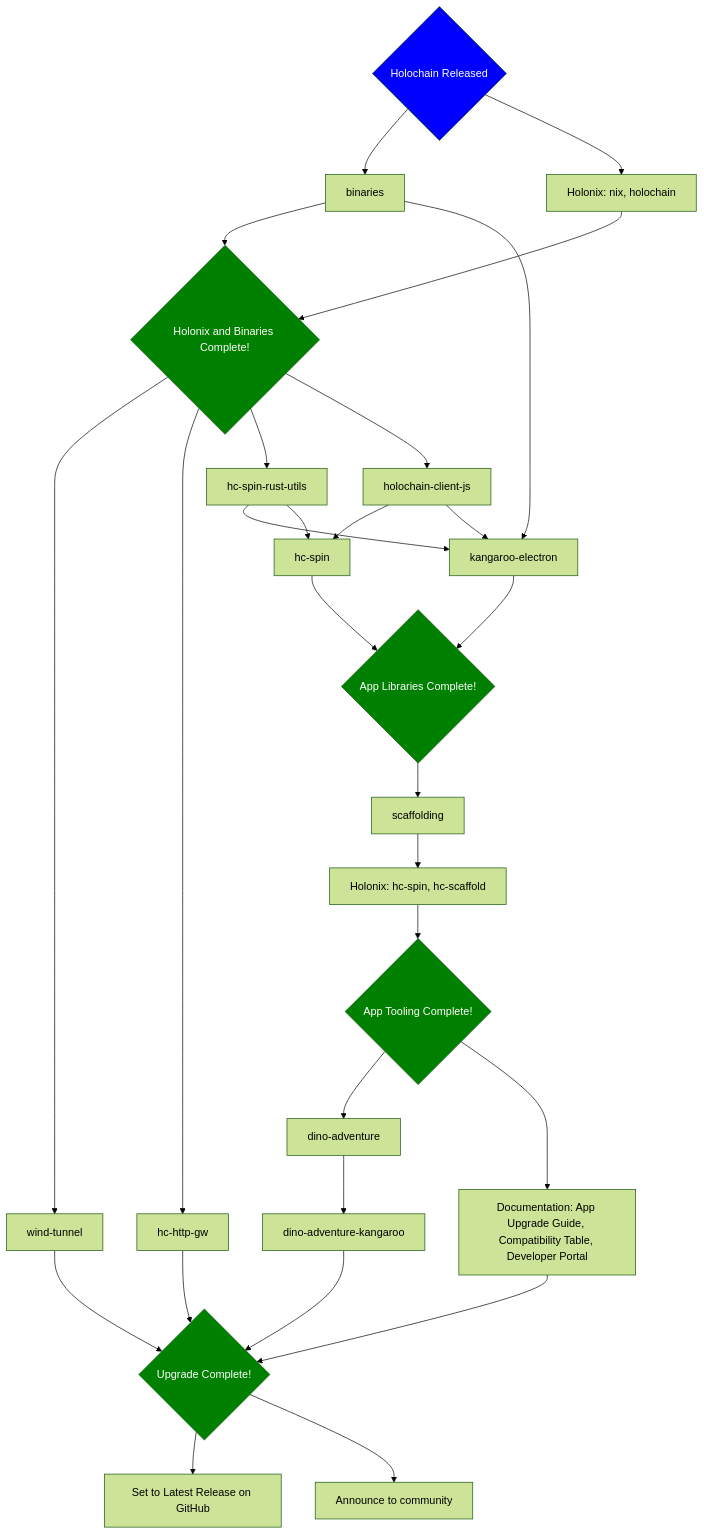
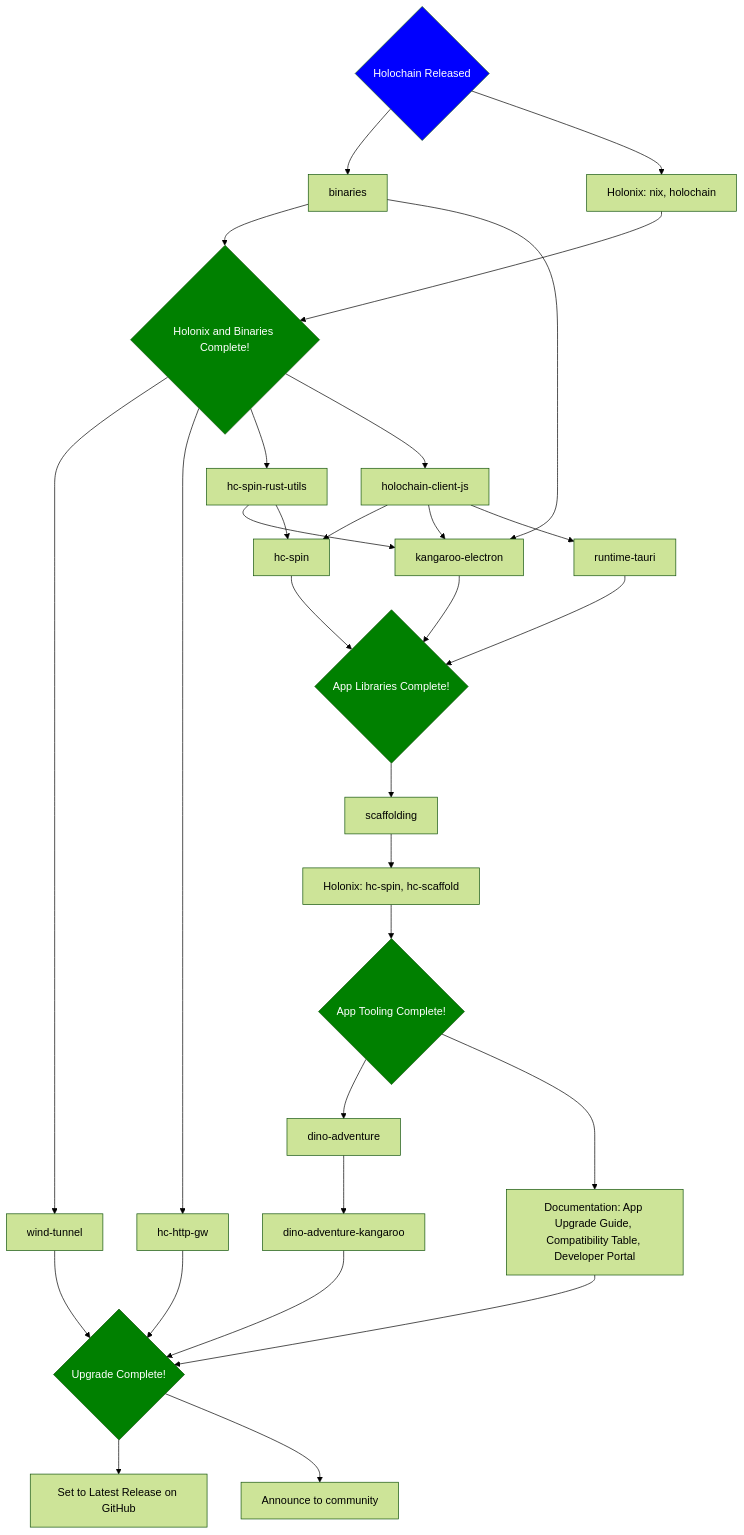
Before and after one commit to holochain/holochain: the diagram in .github/ISSUE_TEMPLATE/release_checklist.md, drawn with Mermaid (forest theme). The commit also changed other lines of this file, not shown here.

First line of the commit message:
docs: add runtime-tauri to the release checklist

````diff
--- a/.github/ISSUE_TEMPLATE/release_checklist.md
+++ b/.github/ISSUE_TEMPLATE/release_checklist.md
@@ -25,76 +25,80 @@
 ```mermaid
 flowchart TB
     %% Start flow
     Start{Holochain Released}
 
     Start --> Binaries[binaries]
     Start --> Holonix1[Holonix: nix, holochain]
 
     %% prerequisites for everything downstream
     Binaries --> Prereqs
     Holonix1 --> Prereqs
     Prereqs{Holonix and Binaries Complete!}
 
     Prereqs --> WindTunnel[wind-tunnel]
     Prereqs --> HttpGw[hc-http-gw]
     Prereqs --> HcSpinRustUtils[hc-spin-rust-utils]
     Prereqs --> JSClient[holochain-client-js]
 
     %% binaries
     Binaries --> Kangaroo[kangaroo-electron]
 
     %% wind-tunnel
     WindTunnel --> Complete
 
     %% hc-http-gw
     HttpGw --> Complete
 
     %% hc-spin-rust-utils
     HcSpinRustUtils --> Kangaroo
     HcSpinRustUtils --> HcSpin[hc-spin]
 
     %% holochain-client-js
     JSClient --> HcSpin
     JSClient --> Kangaroo
+    JSClient --> RuntimeTauri[runtime-tauri]
 
     %% hc-spin
     HcSpin --> AppLibsComplete
 
     %% kangaroo
     Kangaroo --> AppLibsComplete
+
+    %% runtime-tauri
+    RuntimeTauri --> AppLibsComplete
 
     %% app libraries complete
     AppLibsComplete{App Libraries Complete!}
     AppLibsComplete --> Scaffold[scaffolding]
 
     %% scaffold
     Scaffold --> Holonix2[Holonix: hc-spin, hc-scaffold]
 
     %% holonix (again)
     Holonix2 --> AppToolsComplete{App Tooling Complete!}
 
     %% app tools complete
     AppToolsComplete --> DinoAdventure[dino-adventure]
     AppToolsComplete --> Documentation[Documentation: App Upgrade Guide, Compatibility Table, Developer Portal]
 
     %% dino-adventure
     DinoAdventure --> DinoKangaroo[dino-adventure-kangaroo]
 
     %% dino-adventure-kangaroo
     DinoKangaroo --> Complete
 
     %% documentation
     Documentation --> Complete
 
     %% complete
     Complete{Upgrade Complete!}
     Complete --> SetToLatestReleaseGH[Set to Latest Release on GitHub]
     Complete --> Announce[Announce to community]
 
     %% styling
     style Start fill:blue,color:white
     style Prereqs fill:green,color:white
     style Complete fill:green,color:white
     style AppLibsComplete fill:green,color:white
     style AppToolsComplete fill:green,color:white
 ```
````
